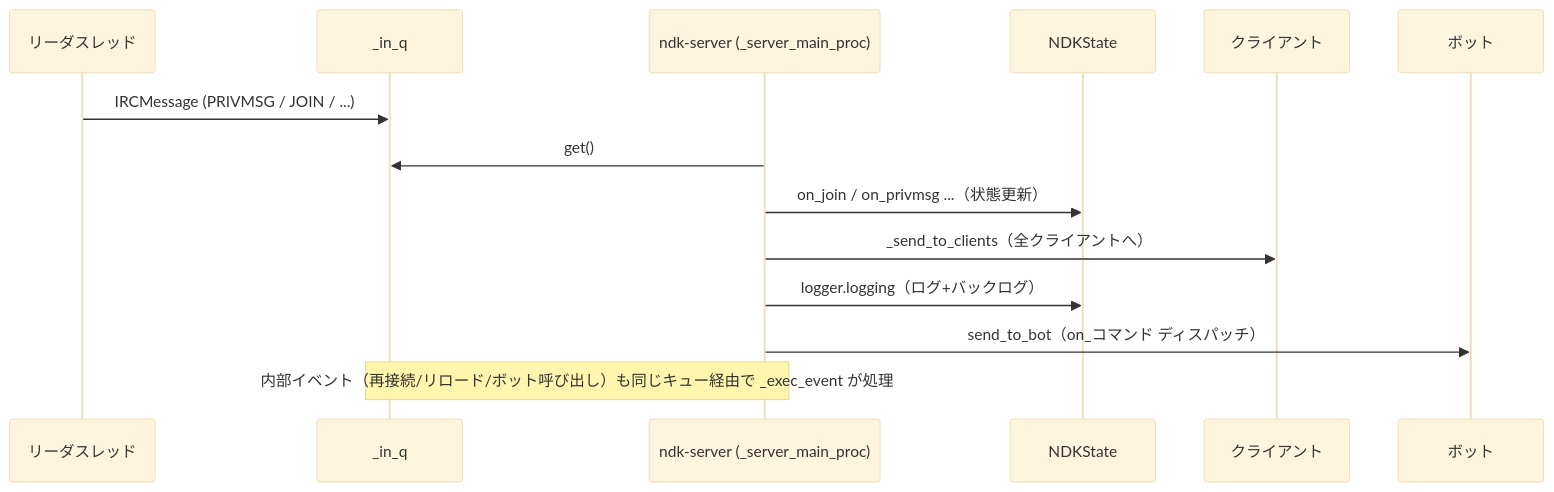
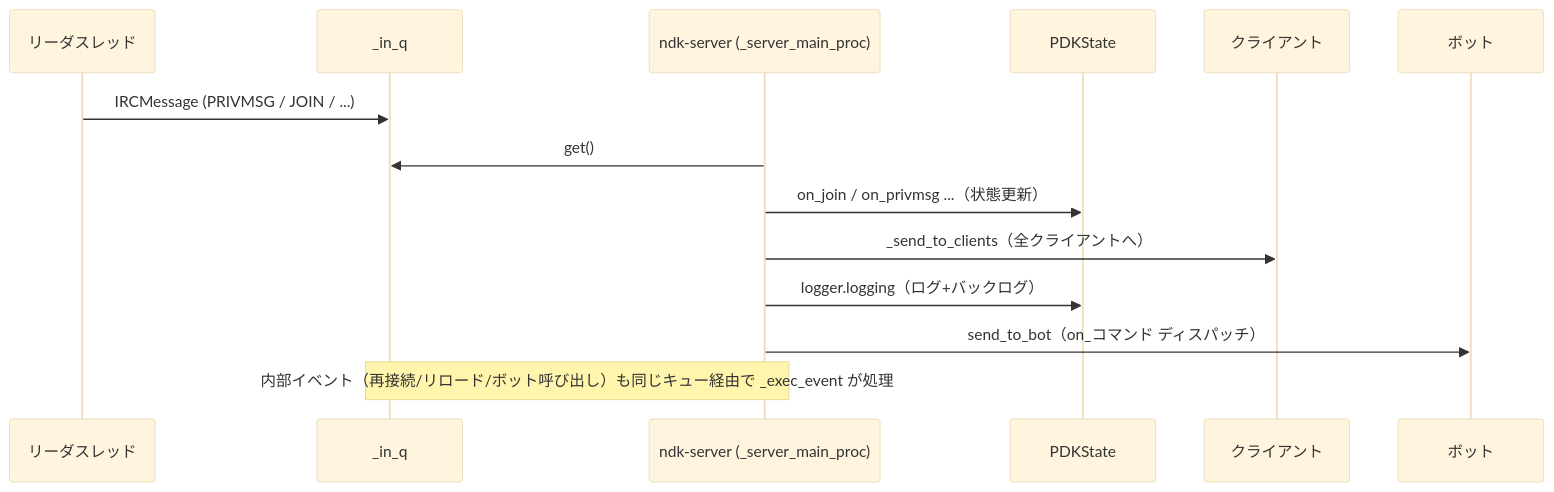
The third of 4 diagrams in docs/architecture.md (ainamori/padoka), drawn with Mermaid (base theme) before and after one commit. The commit also changed other lines of this file and 25 other files, not shown here.

````diff
--- a/docs/architecture.md
+++ b/docs/architecture.md
@@ -222,16 +211,16 @@
 ```mermaid
 sequenceDiagram
     participant R as リーダスレッド
     participant Q as _in_q
     participant S as ndk-server (_server_main_proc)
-    participant ST as NDKState
+    participant ST as PDKState
     participant CL as クライアント
     participant BT as ボット
     R->>Q: IRCMessage (PRIVMSG / JOIN / ...)
     S->>Q: get()
     S->>ST: on_join / on_privmsg ...（状態更新）
     S->>CL: _send_to_clients（全クライアントへ）
     S->>ST: logger.logging（ログ+バックログ）
     S->>BT: send_to_bot（on_コマンド ディスパッチ）
     Note over Q,S: 内部イベント（再接続/リロード/ボット呼び出し）も同じキュー経由で _exec_event が処理
 ```
````
